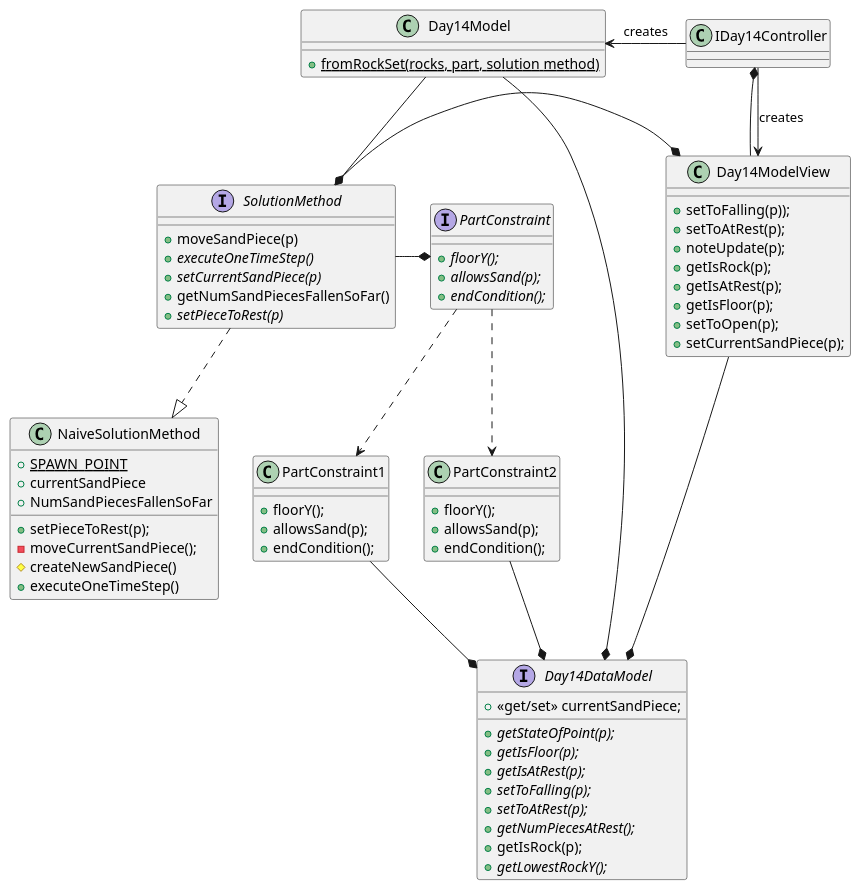
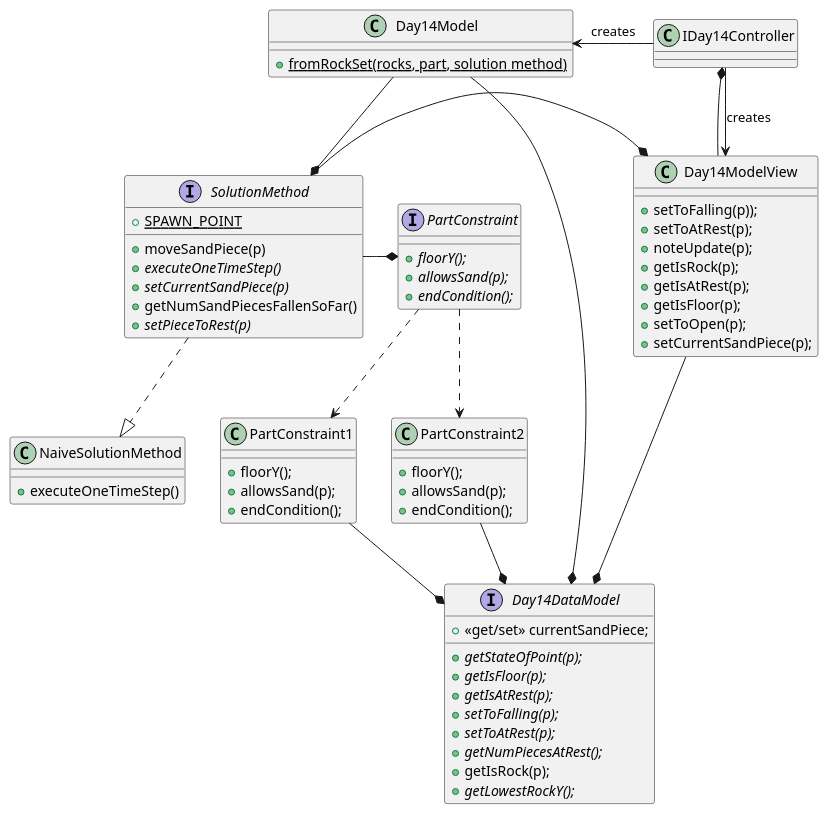
One commit to jdbr827/AdventOfCode_2019_Java changed the diagram in src/year_2022/day_14/UML.puml. Above: the diagram before and after it, drawn with PlantUML. The commit also changed 4 other files, not shown here.

```diff
--- a/src/year_2022/day_14/UML.puml
+++ b/src/year_2022/day_14/UML.puml
@@ -1,90 +1,85 @@
 @startuml
 'https://plantuml.com/class-diagram
 
 
 class Day14Model {
 + {static} fromRockSet(rocks, part, solution method)
 
 
 }
 
 Day14Model --* SolutionMethod
 
 interface SolutionMethod {
++ {static} SPAWN_POINT
 + moveSandPiece(p)
 +{abstract} executeOneTimeStep()
 +{abstract} setCurrentSandPiece(p)
 + getNumSandPiecesFallenSoFar()
 +{abstract} setPieceToRest(p)
 }
 
 
 
 SolutionMethod ..|> NaiveSolutionMethod
 class NaiveSolutionMethod {
-+ {static} SPAWN_POINT
-+ currentSandPiece
-+ NumSandPiecesFallenSoFar
-+ setPieceToRest(p);
-- moveCurrentSandPiece();
-# createNewSandPiece()
 + executeOneTimeStep()
 }
 
 SolutionMethod -* Day14ModelView
 
 class Day14ModelView {
 + setToFalling(p));
 + setToAtRest(p);
 + noteUpdate(p);
 + getIsRock(p);
 + getIsAtRest(p);
 + getIsFloor(p);
 + setToOpen(p);
 + setCurrentSandPiece(p);
 }
 
 Day14Model --* Day14DataModel
 
 IDay14Controller *-- Day14ModelView
 Day14ModelView -* Day14DataModel
 interface Day14DataModel {
 + <<get/set>> currentSandPiece;
 + {abstract} getStateOfPoint(p);
 + {abstract} getIsFloor(p);
 + {abstract} getIsAtRest(p);
 + {abstract} setToFalling(p);
 + {abstract} setToAtRest(p);
 + {abstract} getNumPiecesAtRest();
 + getIsRock(p);
 + {abstract}getLowestRockY();
 }
 
 
 
 interface PartConstraint {
 + {abstract} floorY();
 + {abstract} allowsSand(p);
 + {abstract} endCondition();
 }
 
 PartConstraint ..> PartConstraint2
 PartConstraint ..> PartConstraint1
 
 class PartConstraint1 {
     +floorY();
     +allowsSand(p);
     +endCondition();
 }
 class PartConstraint2 {
 + floorY();
 + allowsSand(p);
 + endCondition();
 }
 SolutionMethod -* PartConstraint
 PartConstraint1 --* Day14DataModel
 PartConstraint2 --* Day14DataModel
 
 IDay14Controller --> Day14ModelView : "creates"
 Day14Model <- IDay14Controller: "creates"
 @enduml
```
